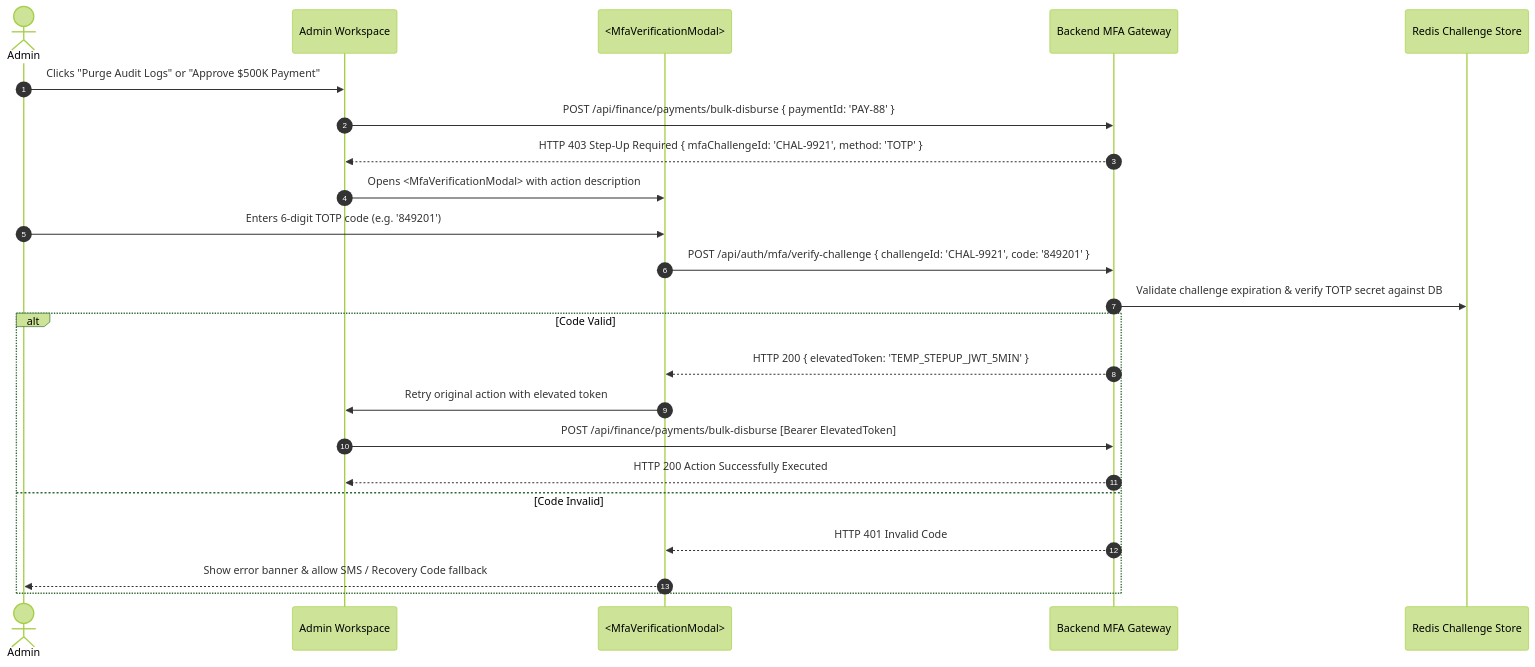
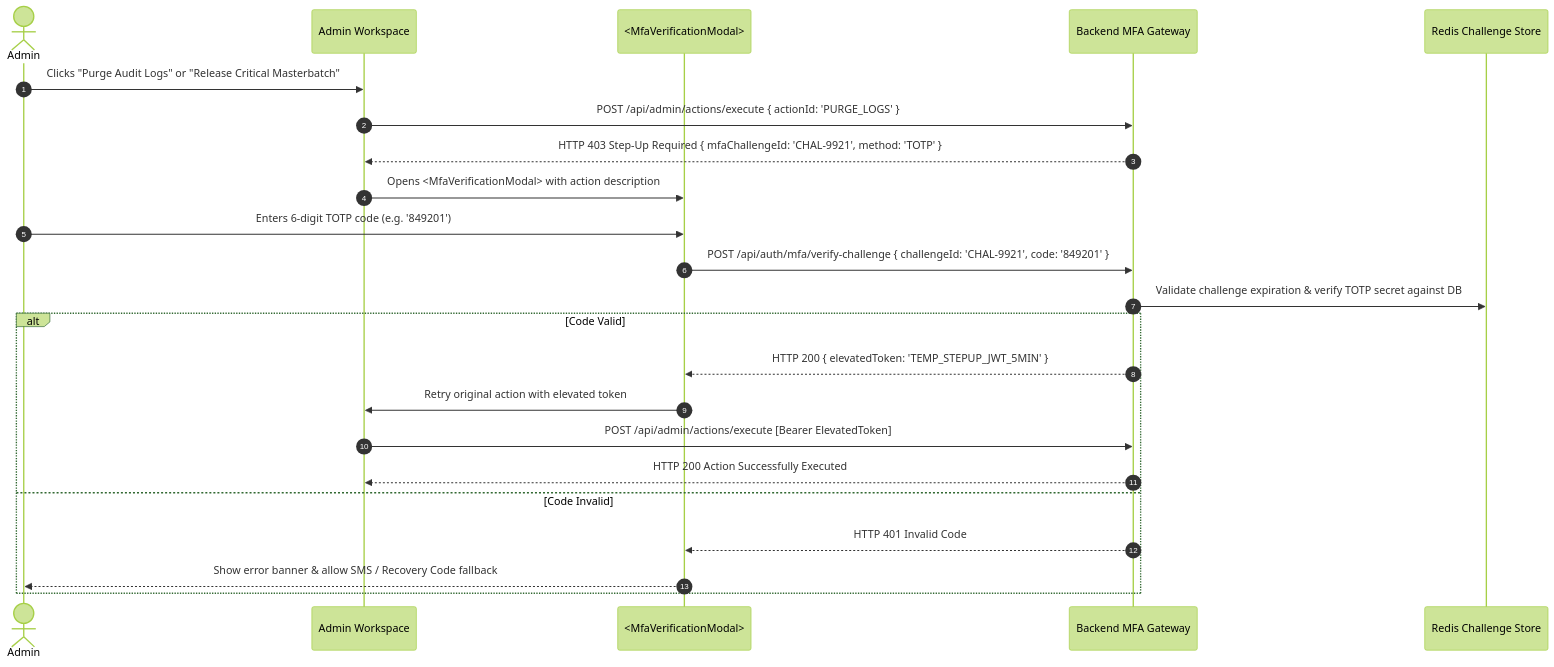
One commit to datastock2025-prog/SP-PLASTECH changed the seventh of 8 diagrams in README.md. Above: the diagram before and after it, drawn with Mermaid (forest theme). The commit also changed other lines of this file and 27 other files, not shown here.

````diff
--- a/README.md
+++ b/README.md
@@ -199,28 +375,28 @@
 ```mermaid
 sequenceDiagram
     autonumber
     actor Admin
     participant UI as Admin Workspace
     participant Modal as <MfaVerificationModal>
     participant Gateway as Backend MFA Gateway
     participant Redis as Redis Challenge Store
 
-    Admin->>UI: Clicks "Purge Audit Logs" or "Approve $500K Payment"
-    UI->>Gateway: POST /api/finance/payments/bulk-disburse { paymentId: 'PAY-88' }
+    Admin->>UI: Clicks "Purge Audit Logs" or "Release Critical Masterbatch"
+    UI->>Gateway: POST /api/admin/actions/execute { actionId: 'PURGE_LOGS' }
     Gateway-->>UI: HTTP 403 Step-Up Required { mfaChallengeId: 'CHAL-9921', method: 'TOTP' }
     
     UI->>Modal: Opens <MfaVerificationModal> with action description
     Admin->>Modal: Enters 6-digit TOTP code (e.g. '849201')
     Modal->>Gateway: POST /api/auth/mfa/verify-challenge { challengeId: 'CHAL-9921', code: '849201' }
     Gateway->>Redis: Validate challenge expiration & verify TOTP secret against DB
     
     alt Code Valid
         Gateway-->>Modal: HTTP 200 { elevatedToken: 'TEMP_STEPUP_JWT_5MIN' }
         Modal->>UI: Retry original action with elevated token
-        UI->>Gateway: POST /api/finance/payments/bulk-disburse [Bearer ElevatedToken]
+        UI->>Gateway: POST /api/admin/actions/execute [Bearer ElevatedToken]
         Gateway-->>UI: HTTP 200 Action Successfully Executed
     else Code Invalid
         Gateway-->>Modal: HTTP 401 Invalid Code
         Modal-->>Admin: Show error banner & allow SMS / Recovery Code fallback
     end
 ```
````
